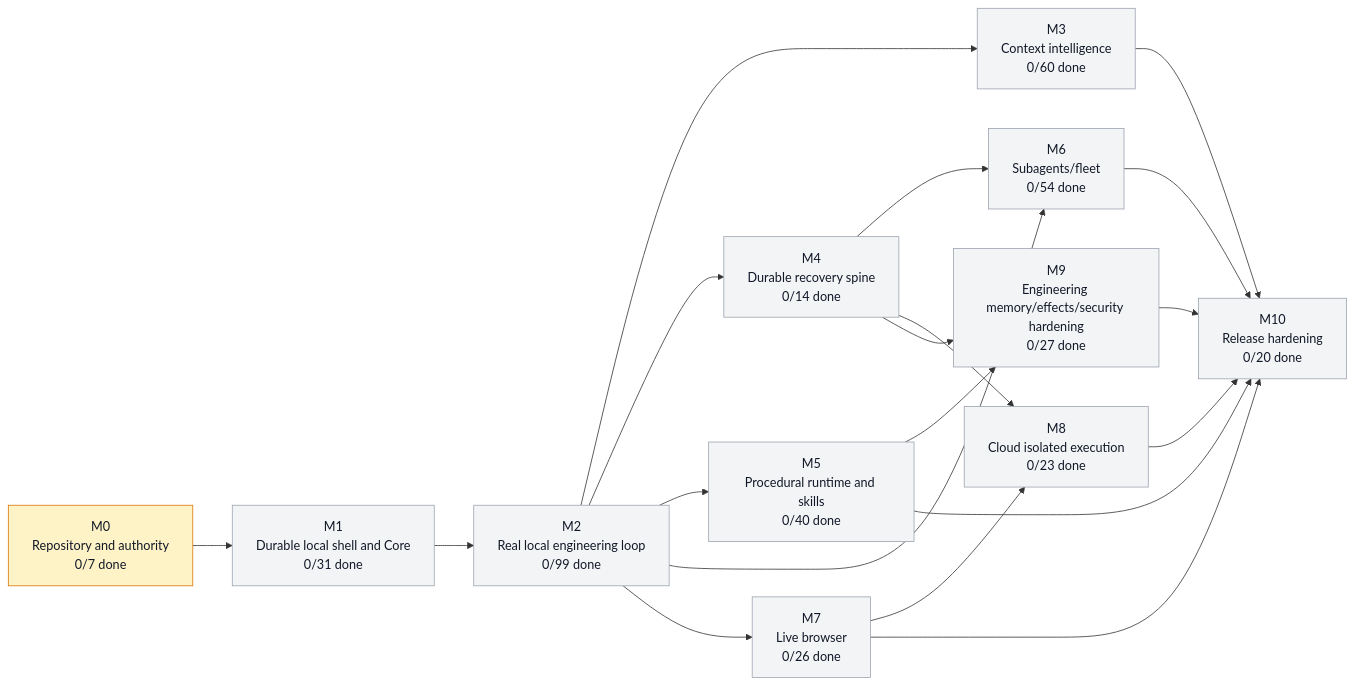
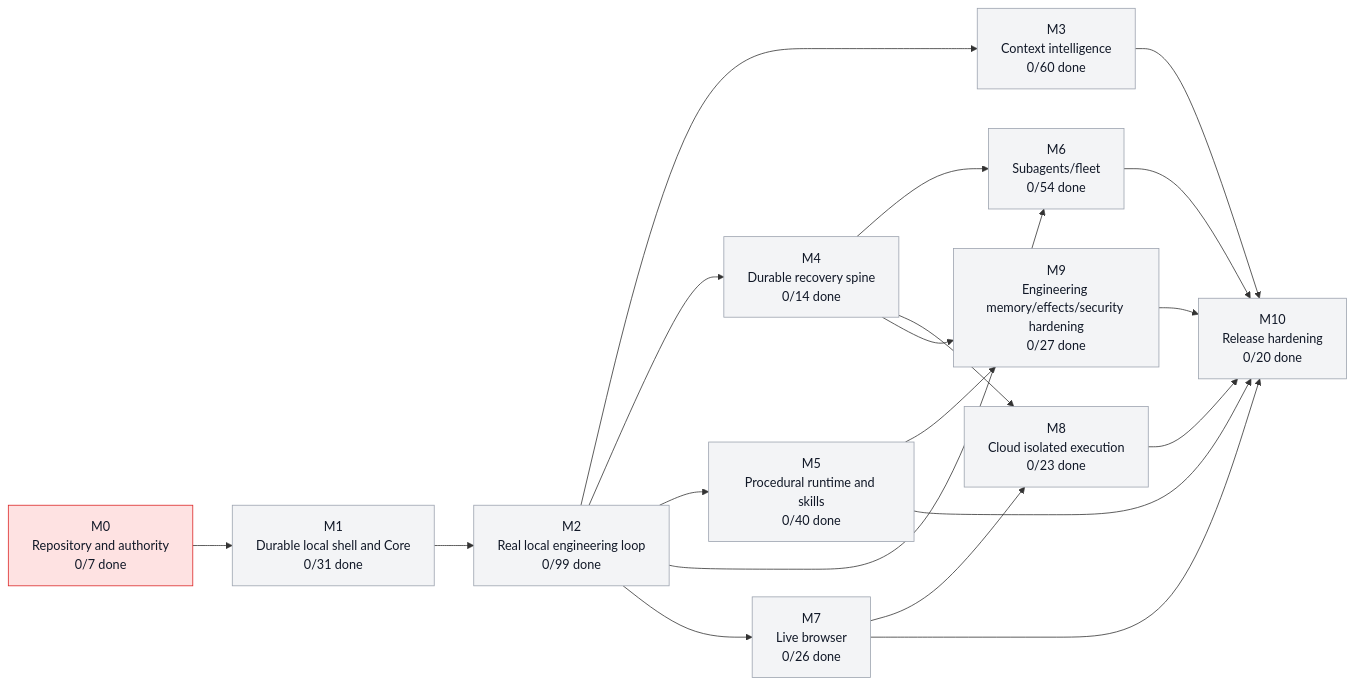
The first of 5 diagrams in graph/PROJECT_GRAPH.md (moss101/modbit), drawn with Mermaid before and after one commit. The commit also changed other lines of this file and 11 other files, not shown here.

````diff
--- a/graph/PROJECT_GRAPH.md
+++ b/graph/PROJECT_GRAPH.md
@@ -57,43 +57,43 @@
 ```mermaid
 flowchart LR
   M0["M0<br/>Repository and authority<br/>0/7 done"]
   M1["M1<br/>Durable local shell and Core<br/>0/31 done"]
   M2["M2<br/>Real local engineering loop<br/>0/99 done"]
   M3["M3<br/>Context intelligence<br/>0/60 done"]
   M4["M4<br/>Durable recovery spine<br/>0/14 done"]
   M5["M5<br/>Procedural runtime and skills<br/>0/40 done"]
   M6["M6<br/>Subagents/fleet<br/>0/54 done"]
   M7["M7<br/>Live browser<br/>0/26 done"]
   M8["M8<br/>Cloud isolated execution<br/>0/23 done"]
   M9["M9<br/>Engineering memory/effects/security hardening<br/>0/27 done"]
   M10["M10<br/>Release hardening<br/>0/20 done"]
   M0 --> M1
   M1 --> M2
   M2 --> M3
   M2 --> M4
   M2 --> M5
   M2 --> M6
   M4 --> M6
   M2 --> M7
   M4 --> M8
   M7 --> M8
   M4 --> M9
   M5 --> M9
   M3 --> M10
   M5 --> M10
   M6 --> M10
   M7 --> M10
   M8 --> M10
   M9 --> M10
-  style M0 fill:#fef3c7,stroke:#d97706,color:#111827
+  style M0 fill:#fee2e2,stroke:#dc2626,color:#111827
   style M1 fill:#f3f4f6,stroke:#9ca3af,color:#111827
   style M2 fill:#f3f4f6,stroke:#9ca3af,color:#111827
   style M3 fill:#f3f4f6,stroke:#9ca3af,color:#111827
   style M4 fill:#f3f4f6,stroke:#9ca3af,color:#111827
   style M5 fill:#f3f4f6,stroke:#9ca3af,color:#111827
   style M6 fill:#f3f4f6,stroke:#9ca3af,color:#111827
   style M7 fill:#f3f4f6,stroke:#9ca3af,color:#111827
   style M8 fill:#f3f4f6,stroke:#9ca3af,color:#111827
   style M9 fill:#f3f4f6,stroke:#9ca3af,color:#111827
   style M10 fill:#f3f4f6,stroke:#9ca3af,color:#111827
 ```
````
